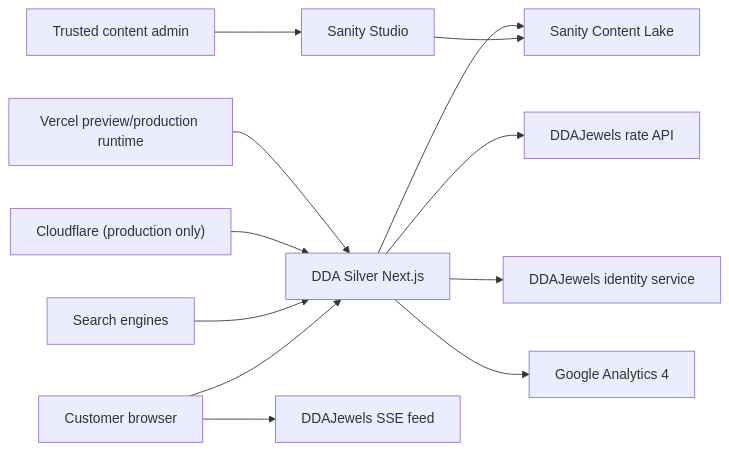
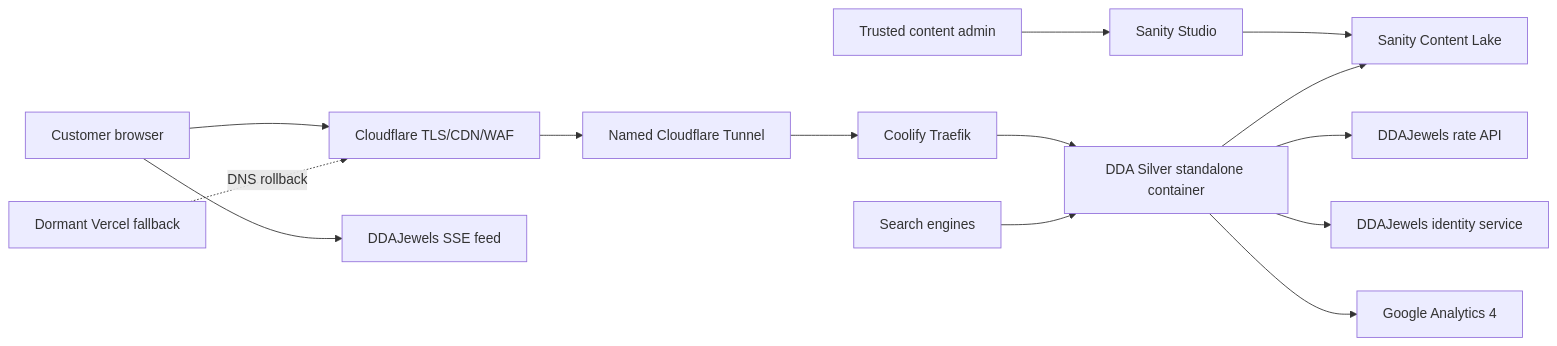
One commit to kta136/DDASilver_Web changed the diagram in docs/technical-architecture.md. Above: the diagram before and after it, drawn with Mermaid. The commit also changed other lines of this file and 17 other files, not shown here.

Commit message:
Migrate production hosting to Oracle Coolify

````diff
--- a/docs/technical-architecture.md
+++ b/docs/technical-architecture.md
@@ -9,14 +10,16 @@
 ```mermaid
 flowchart LR
-    Visitor["Customer browser"] --> Web["DDA Silver Next.js"]
+    Visitor["Customer browser"] --> Edge["Cloudflare TLS/CDN/WAF"]
+    Edge --> Tunnel["Named Cloudflare Tunnel"]
+    Tunnel --> Traefik["Coolify Traefik"]
+    Traefik --> Web["DDA Silver standalone container"]
     Editor["Trusted content admin"] --> Studio["Sanity Studio"]
     Studio --> Lake["Sanity Content Lake"]
     Web --> Lake
     Web --> RatesAPI["DDAJewels rate API"]
     Visitor --> RatesSSE["DDAJewels SSE feed"]
     Web --> Identity["DDAJewels identity service"]
     Web --> GA["Google Analytics 4"]
     Search["Search engines"] --> Web
-    Cloudflare["Cloudflare (production only)"] --> Web
-    Vercel["Vercel preview/production runtime"] --> Web
+    Vercel["Dormant Vercel fallback"] -. DNS rollback .-> Edge
 ```
````
